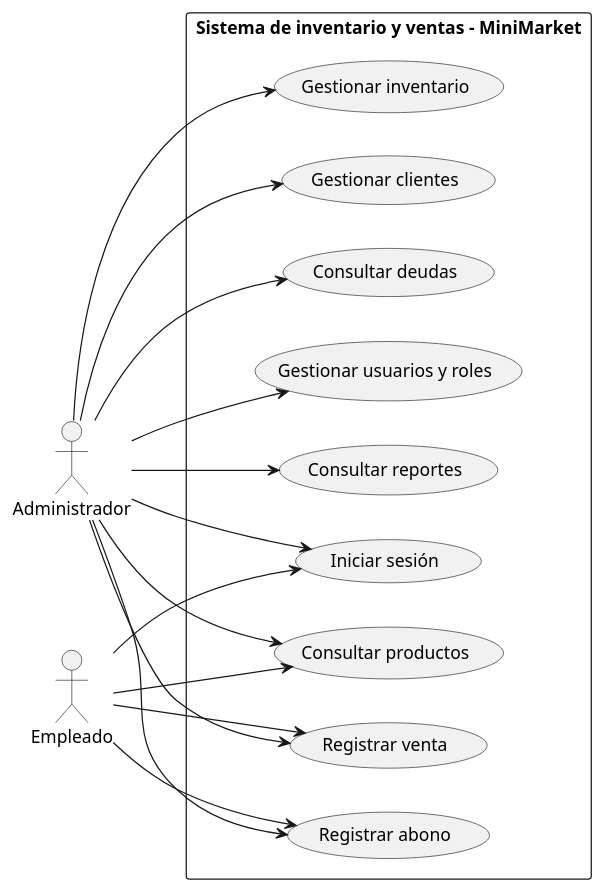
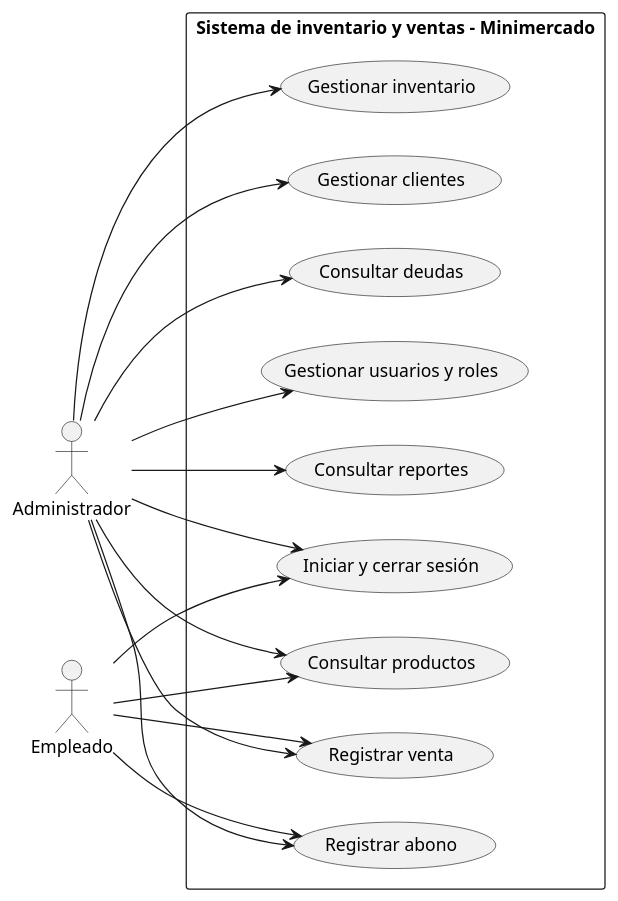
Before and after one commit to lysusco/MiniMarketElAhorro: the first of 6 diagrams in README.md, drawn with PlantUML. The commit also changed other lines of this file, not shown here.

````diff
--- a/README.md
+++ b/README.md
@@ -175,31 +183,31 @@
 ```plantuml
 @startuml
 left to right direction
 actor Administrador as Admin
 actor Empleado
-rectangle "Sistema de inventario y ventas - MiniMarket" {
-  usecase "Iniciar sesión" as UC1
+rectangle "Sistema de inventario y ventas - Minimercado" {
+  usecase "Iniciar y cerrar sesión" as UC1
   usecase "Consultar productos" as UC2
   usecase "Gestionar inventario" as UC3
   usecase "Gestionar clientes" as UC4
   usecase "Registrar venta" as UC5
   usecase "Registrar abono" as UC6
   usecase "Consultar deudas" as UC7
   usecase "Gestionar usuarios y roles" as UC8
   usecase "Consultar reportes" as UC9
 }
 Admin --> UC1
 Empleado --> UC1
 Admin --> UC2
 Empleado --> UC2
 Admin --> UC3
 Admin --> UC4
 Admin --> UC5
 Empleado --> UC5
 Admin --> UC6
 Empleado --> UC6
 Admin --> UC7
 Admin --> UC8
 Admin --> UC9
 @enduml
 ```
````
